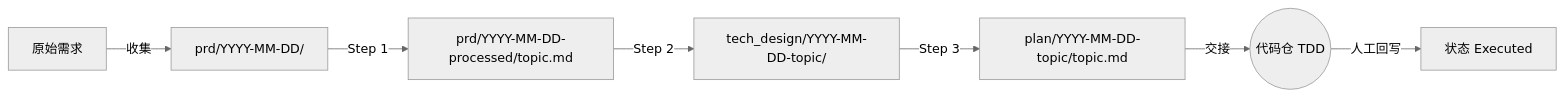
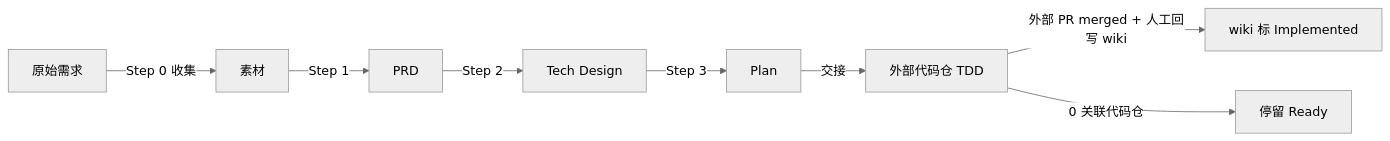
One commit to vanpipy/SSD-Template changed the second of 3 diagrams in HOW_TO_USE.md. Above: the diagram before and after it, drawn with Mermaid (neutral theme). The commit also changed other lines of this file and 5 other files, not shown here.

````diff
--- a/HOW_TO_USE.md
+++ b/HOW_TO_USE.md
@@ -111,9 +163,10 @@
 ```mermaid
 flowchart LR
-    A[原始需求] -->|收集| B[prd/YYYY-MM-DD/]
-    B -->|Step 1| C[prd/YYYY-MM-DD-processed/topic.md]
-    C -->|Step 2| D[tech_design/YYYY-MM-DD-topic/]
-    D -->|Step 3| E[plan/YYYY-MM-DD-topic/topic.md]
-    E -->|交接| F((代码仓 TDD))
-    F -->|人工回写| G[状态 Executed]
+    A[原始需求] -->|Step 0 收集| B[素材]
+    B -->|Step 1| C[PRD]
+    C -->|Step 2| D[Tech Design]
+    D -->|Step 3| E[Plan]
+    E -->|交接| F[外部代码仓 TDD]
+    F -->|外部 PR merged + 人工回写 wiki| G[wiki 标 Implemented]
+    F -->|0 关联代码仓| H[停留 Ready]
 ```
````
